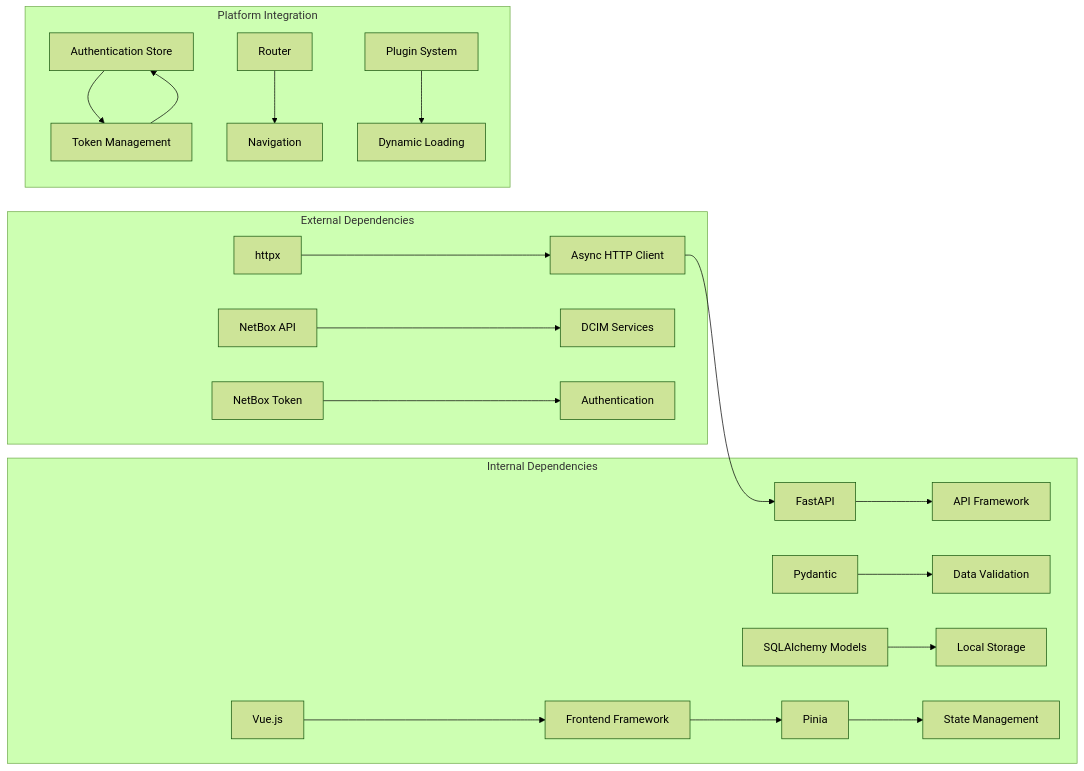
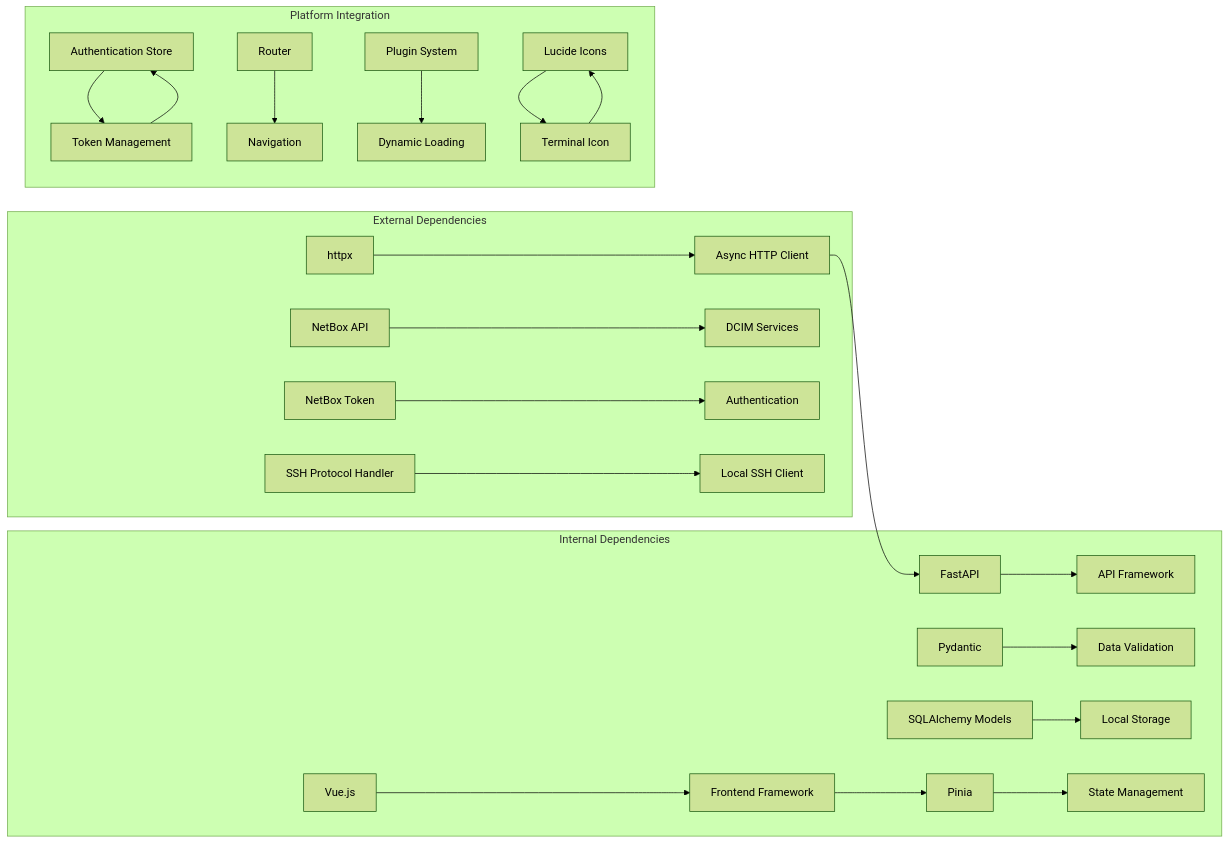
Before and after one commit to Nikita5543/New-SSO-02: the eighth of 8 diagrams in .qoder/repowiki/en/content/Built-in Plugins/Inventory Plugin.md, drawn with Mermaid (forest theme). The commit also changed other lines of this file and 6 other files, not shown here.

````diff
--- a/.qoder/repowiki/en/content/Built-in Plugins/Inventory Plugin.md
+++ b/.qoder/repowiki/en/content/Built-in Plugins/Inventory Plugin.md
@@ -254,23 +326,26 @@
 ```mermaid
 graph LR
 subgraph "External Dependencies"
 A[httpx] --> B[Async HTTP Client]
 C[NetBox API] --> D[DCIM Services]
 E[NetBox Token] --> F[Authentication]
+G[SSH Protocol Handler] --> H[Local SSH Client]
 end
 subgraph "Internal Dependencies"
-G[FastAPI] --> H[API Framework]
-I[Pydantic] --> J[Data Validation]
-K[SQLAlchemy Models] --> L[Local Storage]
-M[Vue.js] --> N[Frontend Framework]
-O[Pinia] --> P[State Management]
+I[FastAPI] --> J[API Framework]
+K[Pydantic] --> L[Data Validation]
+M[SQLAlchemy Models] --> N[Local Storage]
+O[Vue.js] --> P[Frontend Framework]
+Q[Pinia] --> R[State Management]
 end
 subgraph "Platform Integration"
-Q[Authentication Store] --> R[Token Management]
-S[Router] --> T[Navigation]
-U[Plugin System] --> V[Dynamic Loading]
+S[Authentication Store] --> T[Token Management]
+U[Router] --> V[Navigation]
+W[Plugin System] --> X[Dynamic Loading]
+Y[Lucide Icons] --> Z[Terminal Icon]
 end
-B --> G
-N --> O
-R --> Q
+B --> I
+P --> Q
+T --> S
+Z --> Y
 ```
````
